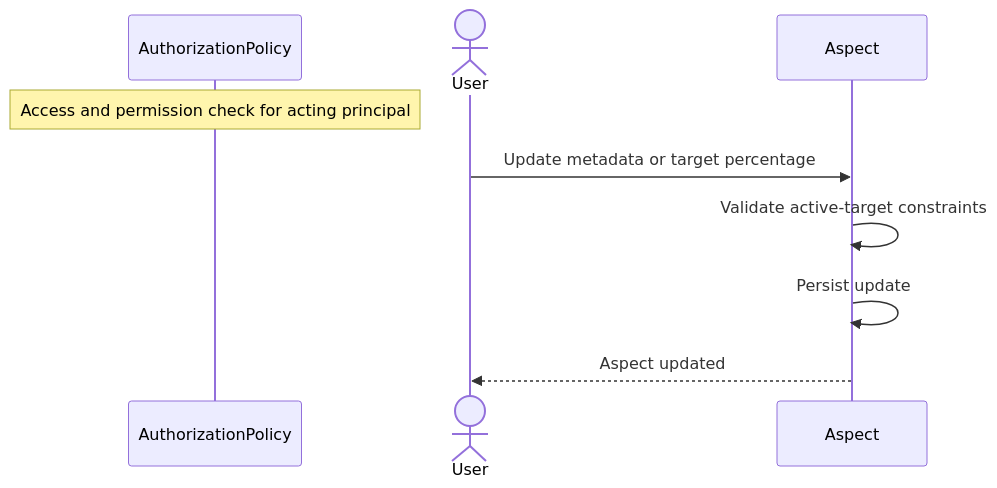
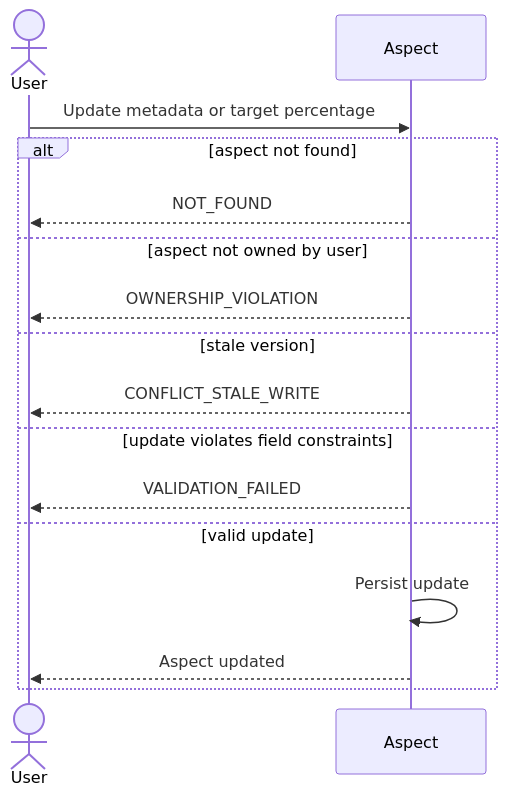
The third of 13 diagrams in architecture/sequence-diagrams/02-aspects-milestones.md (ChidiRnweke/margin), drawn with Mermaid before and after one commit. The commit also changed other lines of this file and 12 other files, not shown here.

Commit message:
Enhance sequence diagrams and introduce traceability matrix

````diff
--- a/architecture/sequence-diagrams/02-aspects-milestones.md
+++ b/architecture/sequence-diagrams/02-aspects-milestones.md
@@ -39,11 +49,18 @@
 ```mermaid
 sequenceDiagram
-    participant G as AuthorizationPolicy
-    Note over G: Access and permission check for acting principal
     actor U as User
     participant A as Aspect
     U->>A: Update metadata or target percentage
-    A->>A: Validate active-target constraints
-    A->>A: Persist update
-    A-->>U: Aspect updated
+    alt aspect not found
+        A-->>U: NOT_FOUND
+    else aspect not owned by user
+        A-->>U: OWNERSHIP_VIOLATION
+    else stale version
+        A-->>U: CONFLICT_STALE_WRITE
+    else update violates field constraints
+        A-->>U: VALIDATION_FAILED
+    else valid update
+        A->>A: Persist update
+        A-->>U: Aspect updated
+    end
 ```
````
